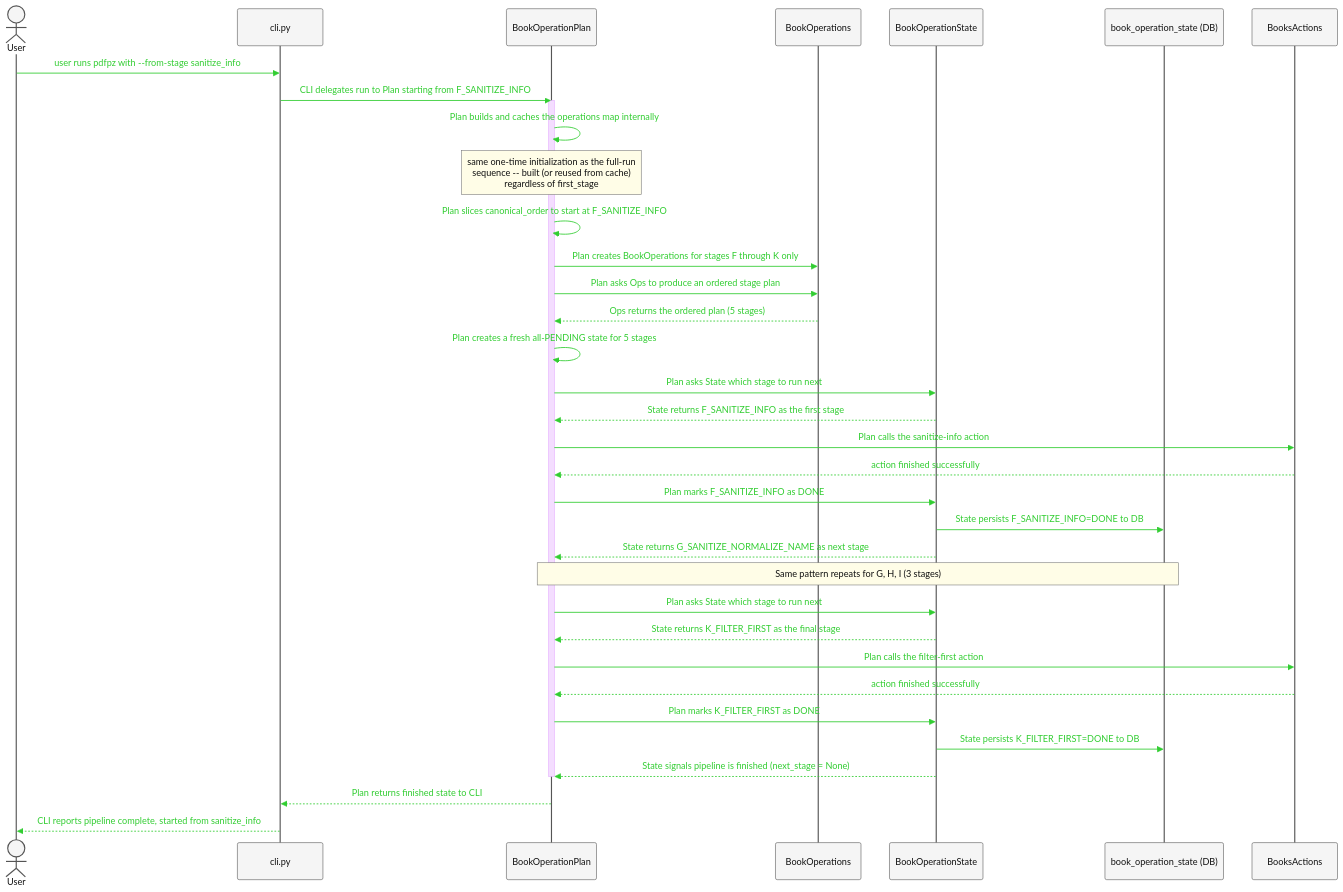
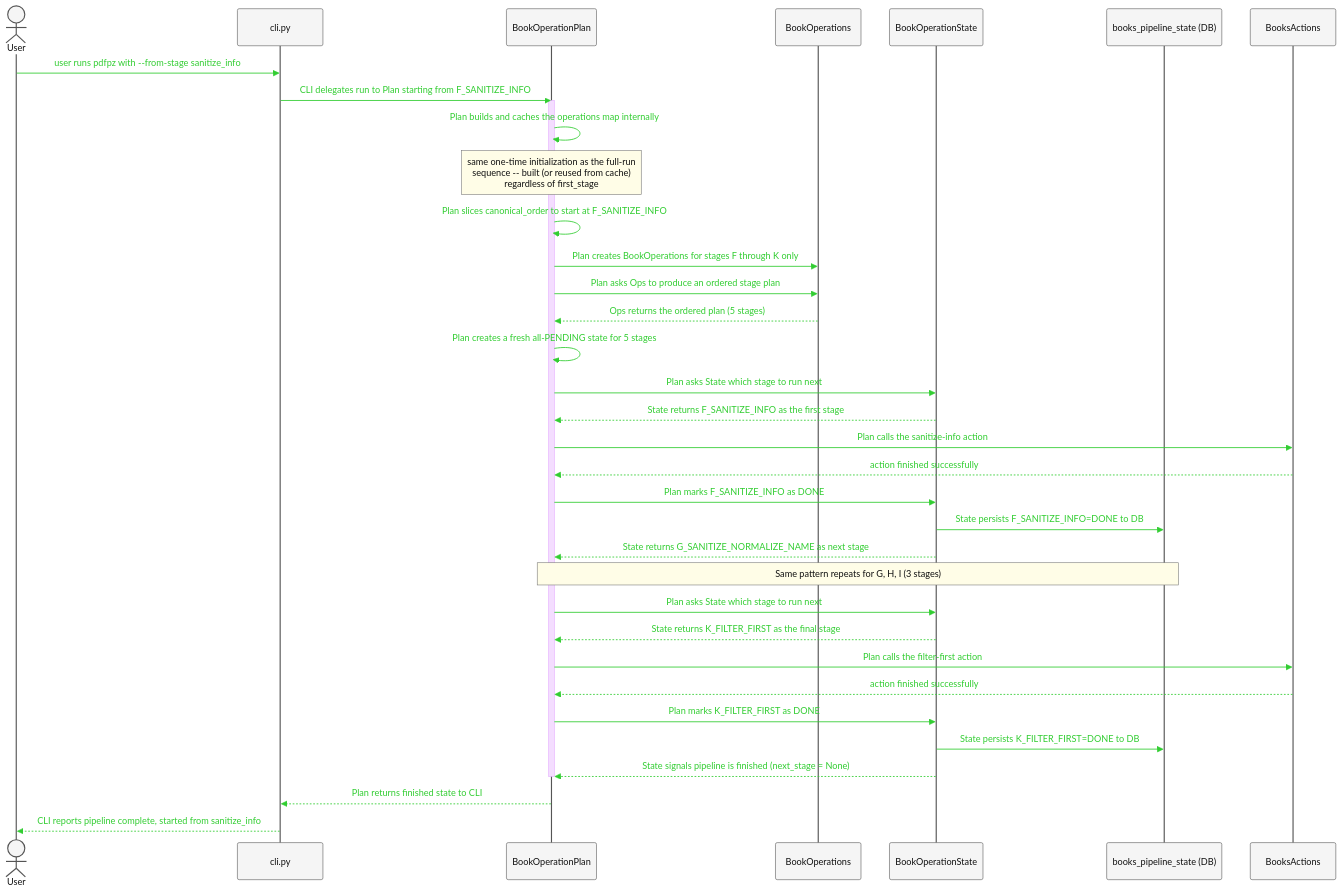
Before and after one commit to sdhube/forkpdfpz: the second of 4 diagrams in src/pdfpz/doc/api-cli-hl.md, drawn with Mermaid. The commit also changed other lines of this file, not shown here.

````diff
--- a/src/pdfpz/doc/api-cli-hl.md
+++ b/src/pdfpz/doc/api-cli-hl.md
@@ -148,58 +153,58 @@
 ```mermaid
 %%{init: {
   "theme": "base",
   "themeVariables": {
     "fontSize": "48px",
     "actorFontSize": "48px",
     "messageFontSize": "44px",
     "noteFontSize": "40px",
     "actorBkg": "#f5f5f5",
     "actorBorder": "#555555",
     "actorTextColor": "#111111",
     "signalColor": "#32CD32",
     "signalTextColor": "#32CD32",
     "labelTextColor": "#32CD32",
     "noteBkgColor": "#fffde7",
     "noteBorderColor": "#777777",
     "noteTextColor": "#111111"
   },
   "themeCSS": ".messageText,.signalText,.labelText{fill:#32CD32 !important;stroke:none !important;} .messageLine0,.messageLine1{stroke:#32CD32 !important;}"
 }}%%
 sequenceDiagram
     actor User
     participant CLI as cli.py
     participant Plan as BookOperationPlan
     participant Ops as BookOperations
     participant State as BookOperationState
-    participant DB as book_operation_state (DB)
+    participant DB as books_pipeline_state (DB)
     participant Actions as BooksActions
 
     User->>CLI: user runs pdfpz with --from-stage sanitize_info
     CLI->>Plan: CLI delegates run to Plan starting from F_SANITIZE_INFO
     activate Plan
     Plan->>Plan: Plan builds and caches the operations map internally
     Note over Plan: same one-time initialization as the full-run<br/>sequence -- built (or reused from cache)<br/>regardless of first_stage
     Plan->>Plan: Plan slices canonical_order to start at F_SANITIZE_INFO
     Plan->>Ops: Plan creates BookOperations for stages F through K only
     Plan->>Ops: Plan asks Ops to produce an ordered stage plan
     Ops-->>Plan: Ops returns the ordered plan (5 stages)
     Plan->>Plan: Plan creates a fresh all-PENDING state for 5 stages
     Plan->>State: Plan asks State which stage to run next
     State-->>Plan: State returns F_SANITIZE_INFO as the first stage
     Plan->>Actions: Plan calls the sanitize-info action
     Actions-->>Plan: action finished successfully
     Plan->>State: Plan marks F_SANITIZE_INFO as DONE
     State->>DB: State persists F_SANITIZE_INFO=DONE to DB
     State-->>Plan: State returns G_SANITIZE_NORMALIZE_NAME as next stage
     Note over Plan,DB: Same pattern repeats for G, H, I (3 stages)
     Plan->>State: Plan asks State which stage to run next
     State-->>Plan: State returns K_FILTER_FIRST as the final stage
     Plan->>Actions: Plan calls the filter-first action
     Actions-->>Plan: action finished successfully
     Plan->>State: Plan marks K_FILTER_FIRST as DONE
     State->>DB: State persists K_FILTER_FIRST=DONE to DB
     State-->>Plan: State signals pipeline is finished (next_stage = None)
     deactivate Plan
     Plan-->>CLI: Plan returns finished state to CLI
     CLI-->>User: CLI reports pipeline complete, started from sanitize_info
 ```
````
